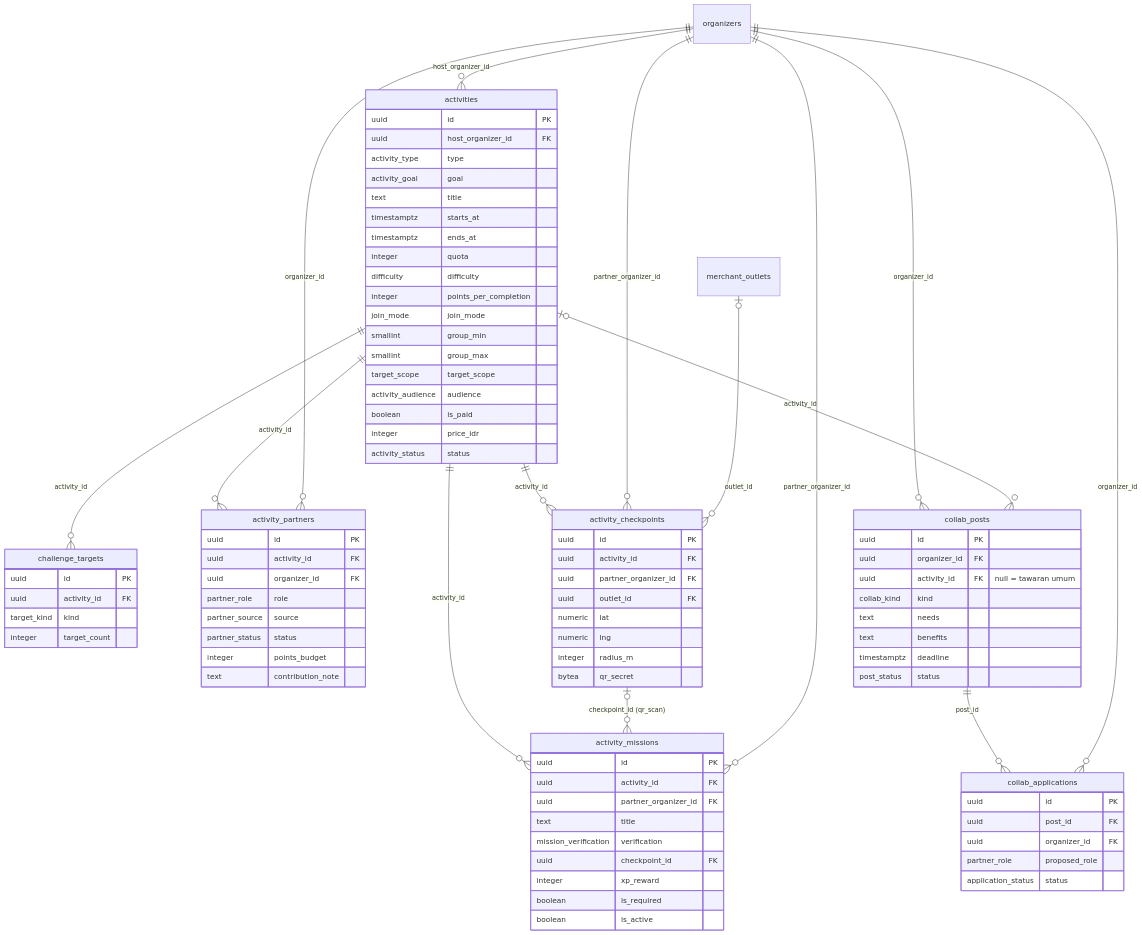
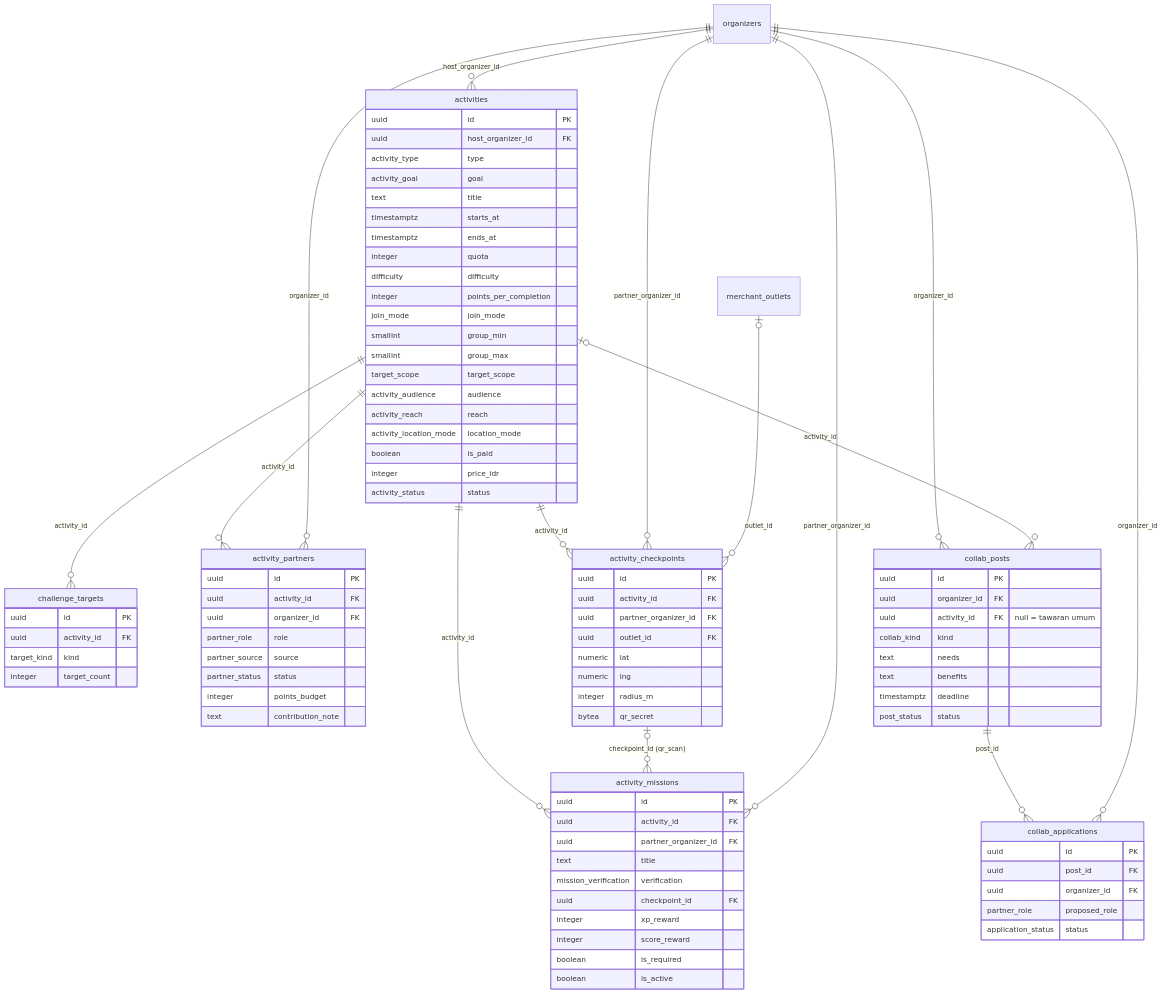
One commit to mirwanma/gasyu changed the second of 5 diagrams in docs/DESAIN-DATABASE.md. Above: the diagram before and after it, drawn with Mermaid. The commit also changed other lines of this file and 2 other files, not shown here.

```diff
--- a/docs/DESAIN-DATABASE.md
+++ b/docs/DESAIN-DATABASE.md
@@ -184,6 +186,8 @@
         smallint group_max
         target_scope target_scope
         activity_audience audience
+        activity_reach reach
+        activity_location_mode location_mode
         boolean is_paid
         integer price_idr
         activity_status status
@@ -196,6 +200,7 @@
         mission_verification verification
         uuid checkpoint_id FK
         integer xp_reward
+        integer score_reward
         boolean is_required
         boolean is_active
     }
```
